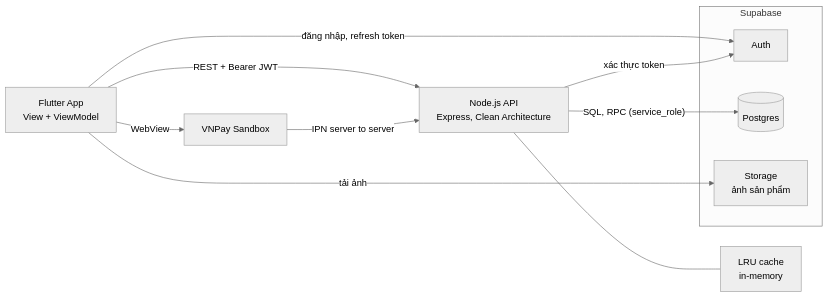
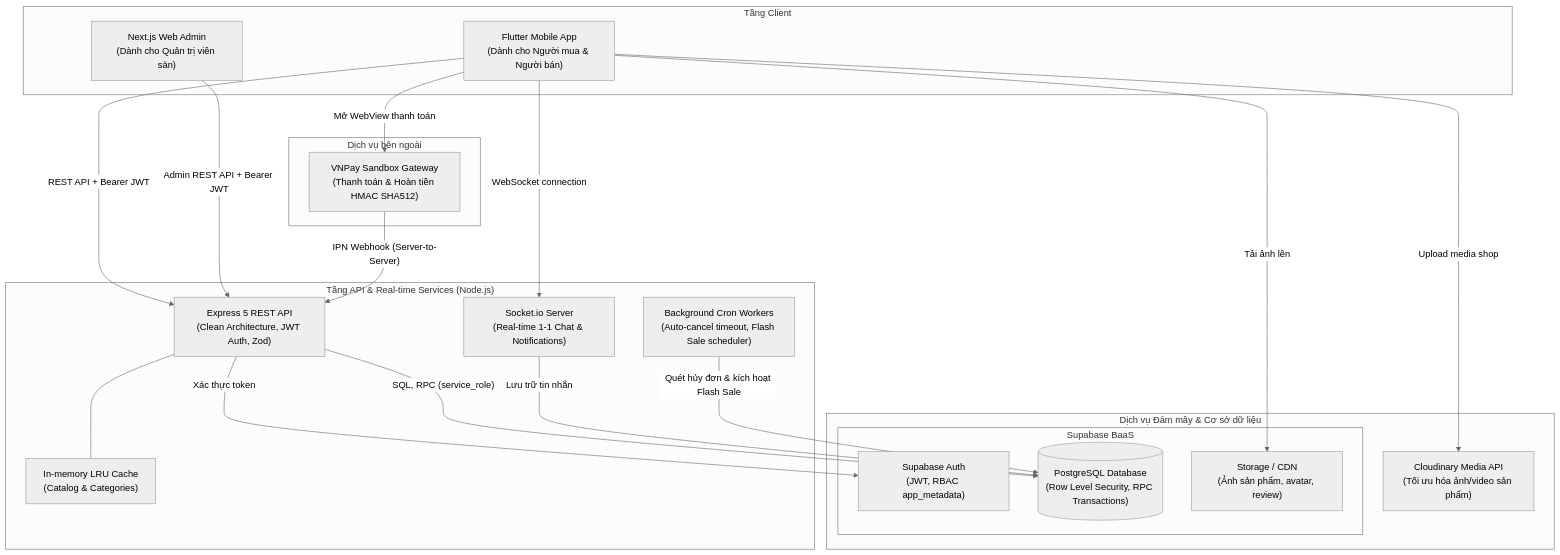
One commit to ThanhToan05022/DATN_Mua-sam-thoi-trang-nam-Menly changed the first of 8 diagrams in menshop-technical-doc (1).md. Above: the diagram before and after it, drawn with Mermaid (neutral theme). The commit also changed other lines of this file and 1 other file, not shown here.

Commit message:
docs: cập nhật tài liệu kỹ thuật Menly v2.0 và bổ sung tài liệu nghiệp vụ ViMard

````diff
--- a/menshop-technical-doc (1).md
+++ b/menshop-technical-doc (1).md
@@ -104,20 +244,42 @@
 ```mermaid
-flowchart LR
-  A["Flutter App<br/>View + ViewModel"]
-  B["Node.js API<br/>Express, Clean Architecture"]
-  C["LRU cache<br/>in-memory"]
-  subgraph SB["Supabase"]
-    D["Auth"]
-    E[("Postgres")]
-    F["Storage<br/>ảnh sản phẩm"]
+flowchart TD
+  subgraph Clients["Tầng Client"]
+    A["Flutter Mobile App<br/>(Dành cho Người mua & Người bán)"]
+    W["Next.js Web Admin<br/>(Dành cho Quản trị viên sàn)"]
   end
-  G["VNPay Sandbox"]
-  A -->|"đăng nhập, refresh token"| D
-  A -->|"REST + Bearer JWT"| B
-  A -->|"tải ảnh"| F
-  B -->|"xác thực token"| D
+
+  subgraph Gateway["Tầng API & Real-time Services (Node.js)"]
+    B["Express 5 REST API<br/>(Clean Architecture, JWT Auth, Zod)"]
+    S["Socket.io Server<br/>(Real-time 1-1 Chat & Notifications)"]
+    CRON["Background Cron Workers<br/>(Auto-cancel timeout, Flash Sale scheduler)"]
+    C["In-memory LRU Cache<br/>(Catalog & Categories)"]
+  end
+
+  subgraph Cloud["Dịch vụ Đám mây & Cơ sở dữ liệu"]
+    subgraph SB["Supabase BaaS"]
+      D["Supabase Auth<br/>(JWT, RBAC app_metadata)"]
+      E[("PostgreSQL Database<br/>(Row Level Security, RPC Transactions)")]
+      F["Storage / CDN<br/>(Ảnh sản phẩm, avatar, review)"]
+    end
+    CLD["Cloudinary Media API<br/>(Tối ưu hóa ảnh/video sản phẩm)"]
+  end
+
+  subgraph External["Dịch vụ bên ngoài"]
+    G["VNPay Sandbox Gateway<br/>(Thanh toán & Hoàn tiền HMAC SHA512)"]
+  end
+
+  A -->|"REST API + Bearer JWT"| B
+  A -->|"WebSocket connection"| S
+  W -->|"Admin REST API + Bearer JWT"| B
+  A -->|"Tải ảnh lên"| F
+  A -->|"Upload media shop"| CLD
+
+  B -->|"Xác thực token"| D
   B -->|"SQL, RPC (service_role)"| E
   B --- C
-  A -->|"WebView"| G
-  G -->|"IPN server to server"| B
+  S -->|"Lưu trữ tin nhắn"| E
+  CRON -->|"Quét hủy đơn & kích hoạt Flash Sale"| E
+
+  A -->|"Mở WebView thanh toán"| G
+  G -->|"IPN Webhook (Server-to-Server)"| B
 ```
````
